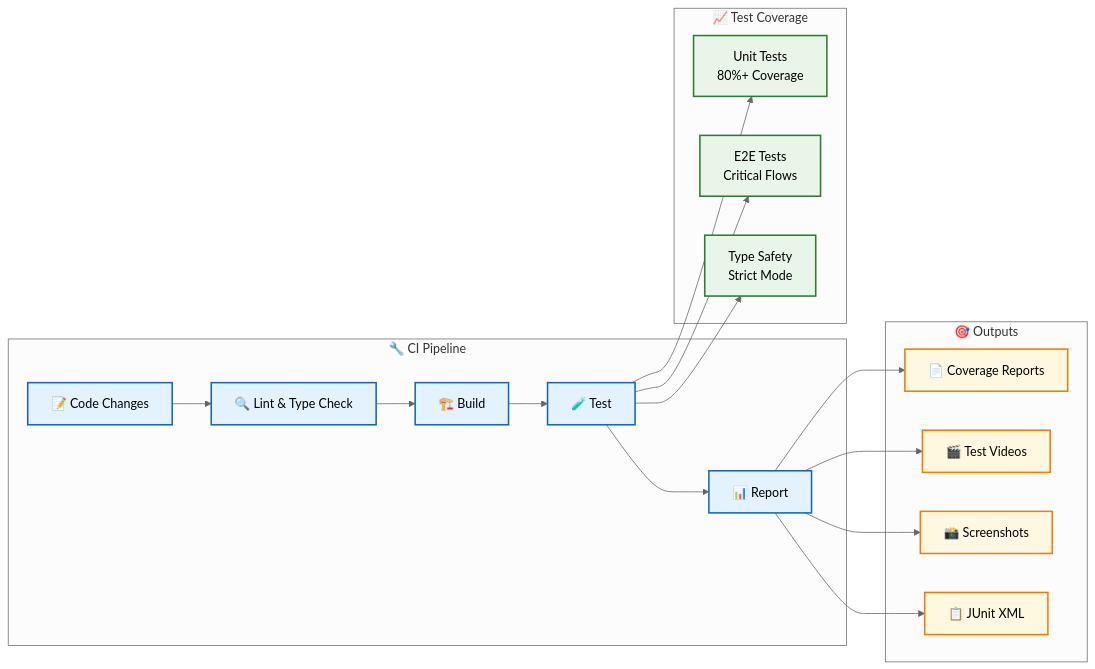
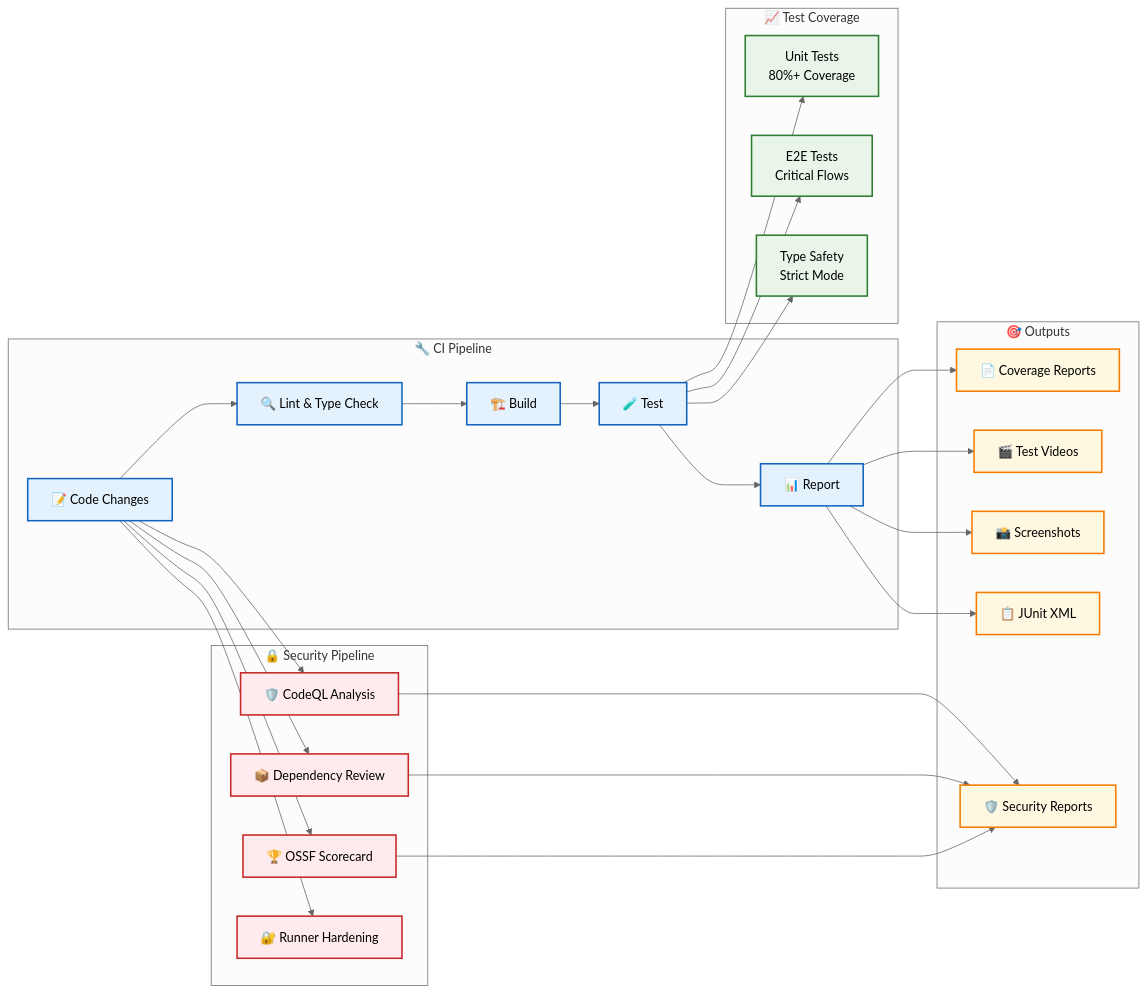
One commit to Hack23/game changed the third of 3 diagrams in README.md. Above: the diagram before and after it, drawn with Mermaid (neutral theme). The commit also changed other lines of this file, not shown here.

Commit message:
feat: enhance README with comprehensive security features and workflows

````diff
--- a/README.md
+++ b/README.md
@@ -87,40 +133,58 @@
 ```mermaid
 flowchart LR
     subgraph "🔧 CI Pipeline"
         A1[📝 Code Changes] --> A2[🔍 Lint & Type Check]
         A2 --> A3[🏗️ Build]
         A3 --> A4[🧪 Test]
         A4 --> A5[📊 Report]
+    end
+
+    subgraph "🔒 Security Pipeline"
+        S1[🛡️ CodeQL Analysis]
+        S2[📦 Dependency Review]
+        S3[🏆 OSSF Scorecard]
+        S4[🔐 Runner Hardening]
     end
 
     subgraph "📈 Test Coverage"
         B1[Unit Tests<br/>80%+ Coverage]
         B2[E2E Tests<br/>Critical Flows]
         B3[Type Safety<br/>Strict Mode]
     end
 
     subgraph "🎯 Outputs"
         C1[📄 Coverage Reports]
         C2[🎬 Test Videos]
         C3[📸 Screenshots]
         C4[📋 JUnit XML]
+        C5[🛡️ Security Reports]
     end
 
     A4 --> B1
     A4 --> B2
     A4 --> B3
 
+    A1 --> S1
+    A1 --> S2
+    A1 --> S3
+    A1 --> S4
+
     A5 --> C1
     A5 --> C2
     A5 --> C3
     A5 --> C4
+    S1 --> C5
+    S2 --> C5
+    S3 --> C5
 
     %% Styling
     classDef pipeline fill:#e3f2fd,stroke:#1565c0,stroke-width:2px
+    classDef security fill:#ffebee,stroke:#c62828,stroke-width:2px
     classDef testing fill:#e8f5e8,stroke:#2e7d32,stroke-width:2px
     classDef output fill:#fff8e1,stroke:#f57c00,stroke-width:2px
 
     class A1,A2,A3,A4,A5 pipeline
+    class S1,S2,S3,S4 security
     class B1,B2,B3 testing
-    class C1,C2,C3,C4 output
+    class C1,C2,C3,C4,C5 output
 ```
````
